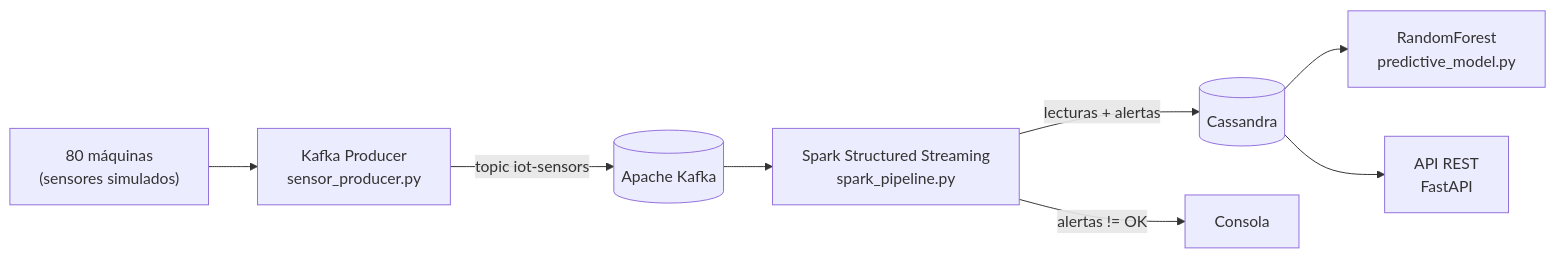
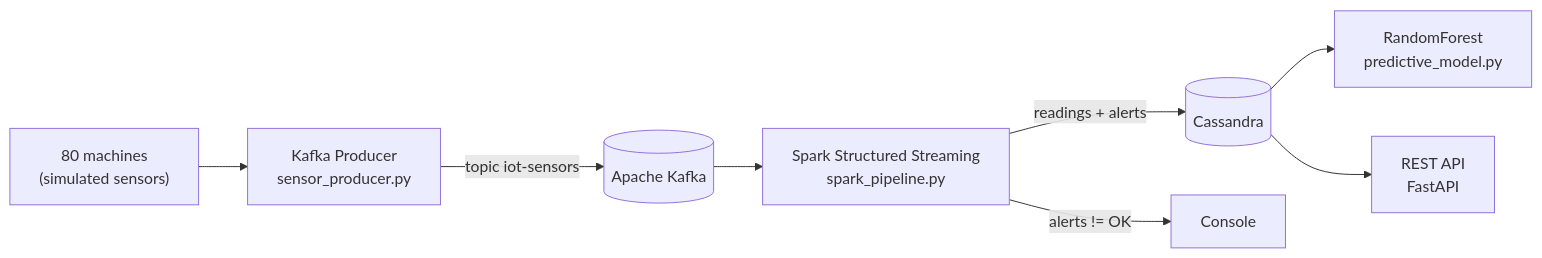
Before and after one commit to PedroFlores199/SmartManuTech: the diagram in README.md, drawn with Mermaid. The commit also changed other lines of this file, not shown here.

````diff
--- a/README.md
+++ b/README.md
@@ -12,10 +12,10 @@
 ```mermaid
 flowchart LR
-    S["80 máquinas<br/>(sensores simulados)"] --> P["Kafka Producer<br/>sensor_producer.py"]
+    S["80 machines<br/>(simulated sensors)"] --> P["Kafka Producer<br/>sensor_producer.py"]
     P -->|topic iot-sensors| K[(Apache Kafka)]
     K --> SP["Spark Structured Streaming<br/>spark_pipeline.py"]
-    SP -->|lecturas + alertas| C[(Cassandra)]
-    SP -->|alertas != OK| L["Consola"]
+    SP -->|readings + alerts| C[(Cassandra)]
+    SP -->|alerts != OK| L["Console"]
     C --> M["RandomForest<br/>predictive_model.py"]
-    C --> A["API REST<br/>FastAPI"]
+    C --> A["REST API<br/>FastAPI"]
 ```
````
